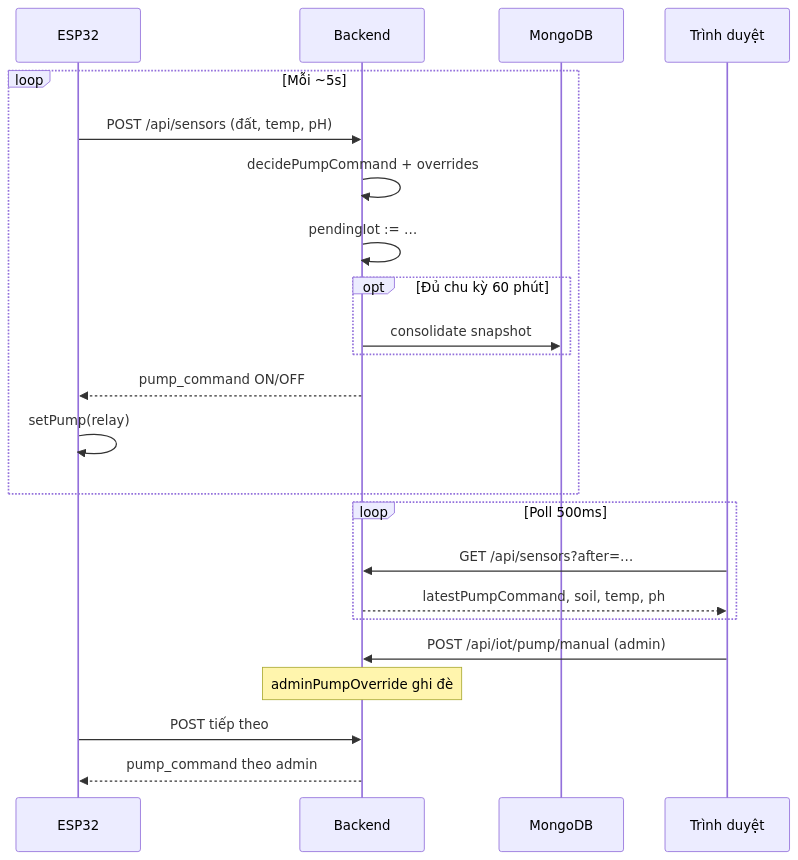
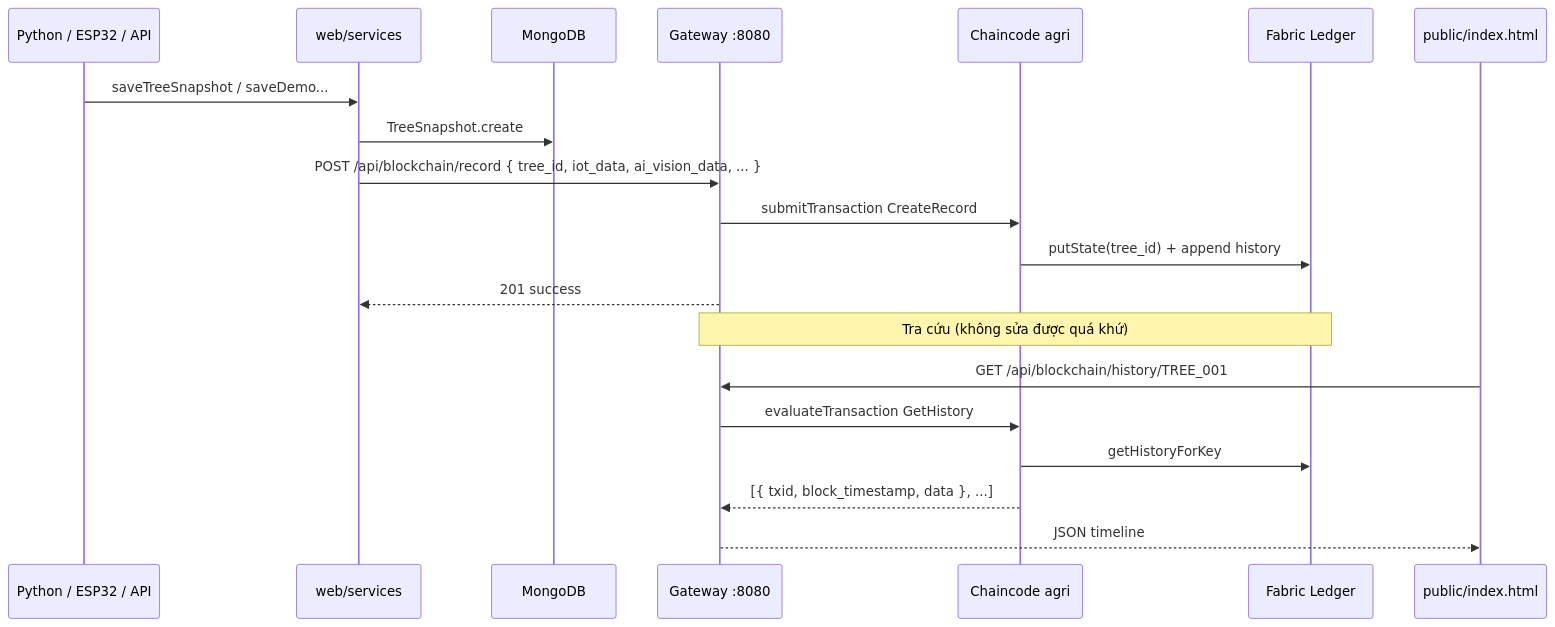
The second of 2 diagrams in README.md (XiXimBu/leaf), drawn with Mermaid before and after one commit. The commit also changed other lines of this file and 6 other files, not shown here.

````diff
--- a/README.md
+++ b/README.md
@@ -175,28 +148,24 @@
 ```mermaid
 sequenceDiagram
-  participant ESP as ESP32
-  participant BE as Backend
-  participant DB as MongoDB
-  participant UI as Trình duyệt
+  participant PY as Python / ESP32 / API
+  participant WEB as web/services
+  participant MONGO as MongoDB
+  participant GW as Gateway :8080
+  participant CC as Chaincode agri
+  participant LEDGER as Fabric Ledger
 
-  loop Mỗi ~5s
-    ESP->>BE: POST /api/sensors (đất, temp, pH)
-    BE->>BE: decidePumpCommand + overrides
-    BE->>BE: pendingIot := …
-    opt Đủ chu kỳ 60 phút
-      BE->>DB: consolidate snapshot
-    end
-    BE-->>ESP: pump_command ON/OFF
-    ESP->>ESP: setPump(relay)
-  end
+  PY->>WEB: saveTreeSnapshot / saveDemo...
+  WEB->>MONGO: TreeSnapshot.create
+  WEB->>GW: POST /api/blockchain/record { tree_id, iot_data, ai_vision_data, ... }
+  GW->>CC: submitTransaction CreateRecord
+  CC->>LEDGER: putState(tree_id) + append history
+  GW-->>WEB: 201 success
 
-  loop Poll 500ms
-    UI->>BE: GET /api/sensors?after=…
-    BE-->>UI: latestPumpCommand, soil, temp, ph
-  end
-
-  UI->>BE: POST /api/iot/pump/manual (admin)
-  Note over BE: adminPumpOverride ghi đè
-  ESP->>BE: POST tiếp theo
-  BE-->>ESP: pump_command theo admin
+  Note over GW,LEDGER: Tra cứu (không sửa được quá khứ)
+  participant UI as public/index.html
+  UI->>GW: GET /api/blockchain/history/TREE_001
+  GW->>CC: evaluateTransaction GetHistory
+  CC->>LEDGER: getHistoryForKey
+  CC-->>GW: [{ txid, block_timestamp, data }, ...]
+  GW-->>UI: JSON timeline
 ```
````
